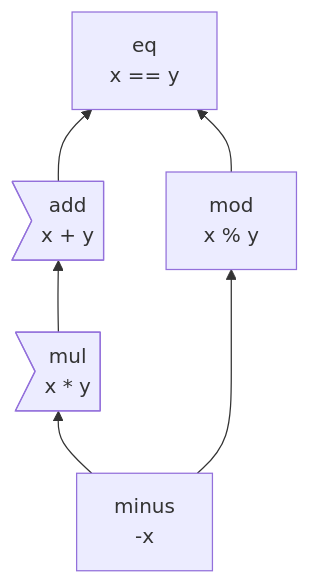
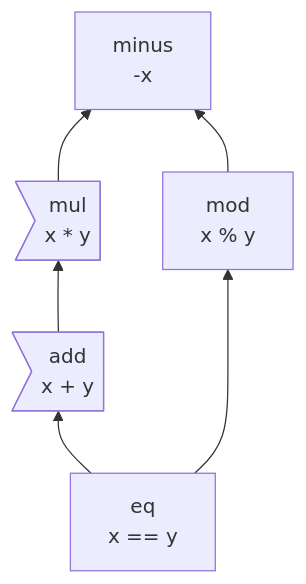
One commit to carbon-language/carbon-lang changed the diagram in executable_semantics/syntax/README.md. Above: the diagram before and after it, drawn with Mermaid.

Commit message:
Reverse arrow direction.

````diff
--- a/executable_semantics/syntax/README.md
+++ b/executable_semantics/syntax/README.md
@@ -29,13 +29,13 @@
 ```mermaid
 graph BT
     %%{init: {'themeVariables': {'fontFamily': 'monospace'}}}%%
     minus["minus<br>-x"]
     mul>"mul<br>x * y"]
     add>"add<br>x + y"]
     mod["mod<br>x % y"]
     eq["eq<br>x == y"]
 
-    minus --> mul & mod
-    mul --> add
-    add & mod --> eq
+    eq --> add & mod
+    add --> mul
+    mul & mod --> minus
 ```
````
